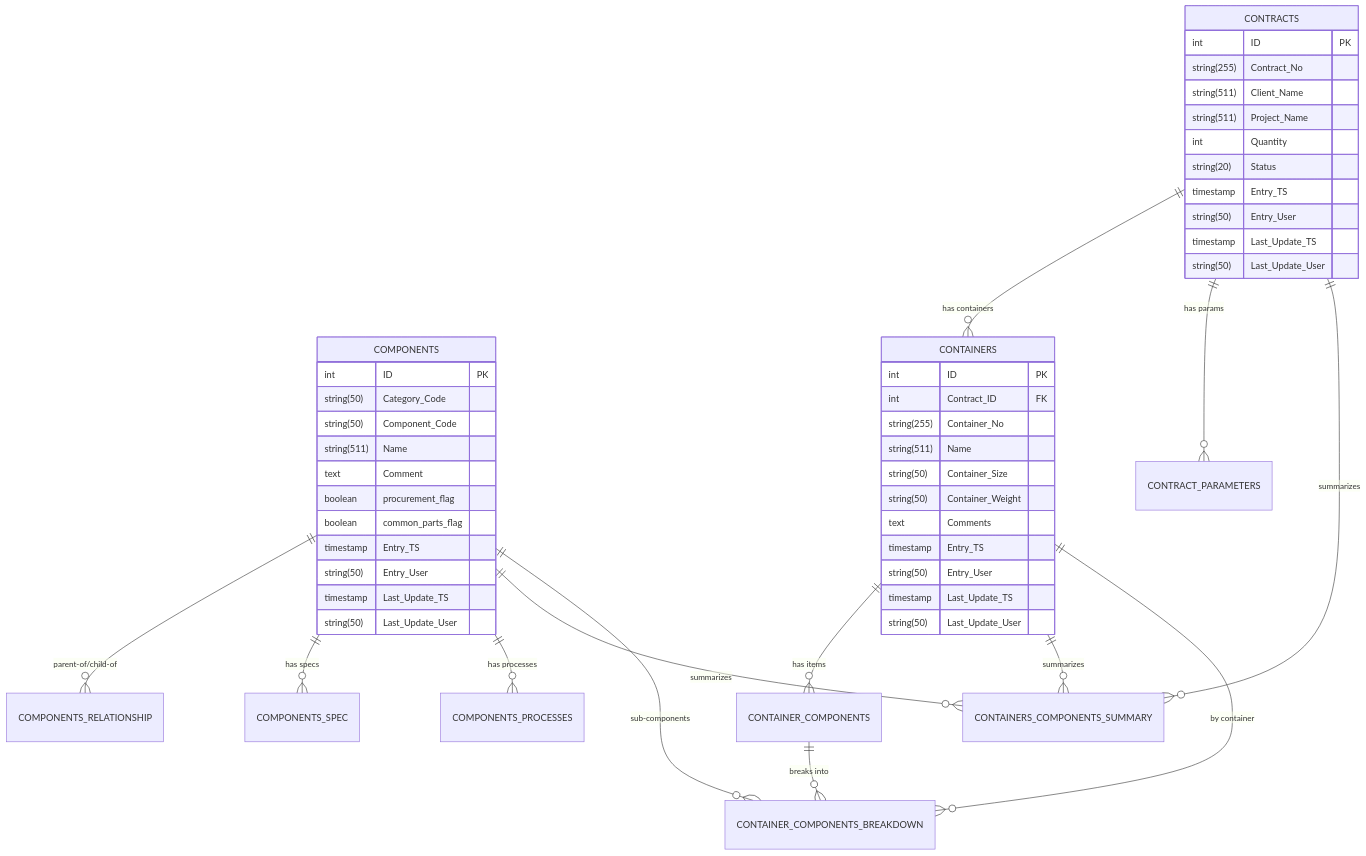
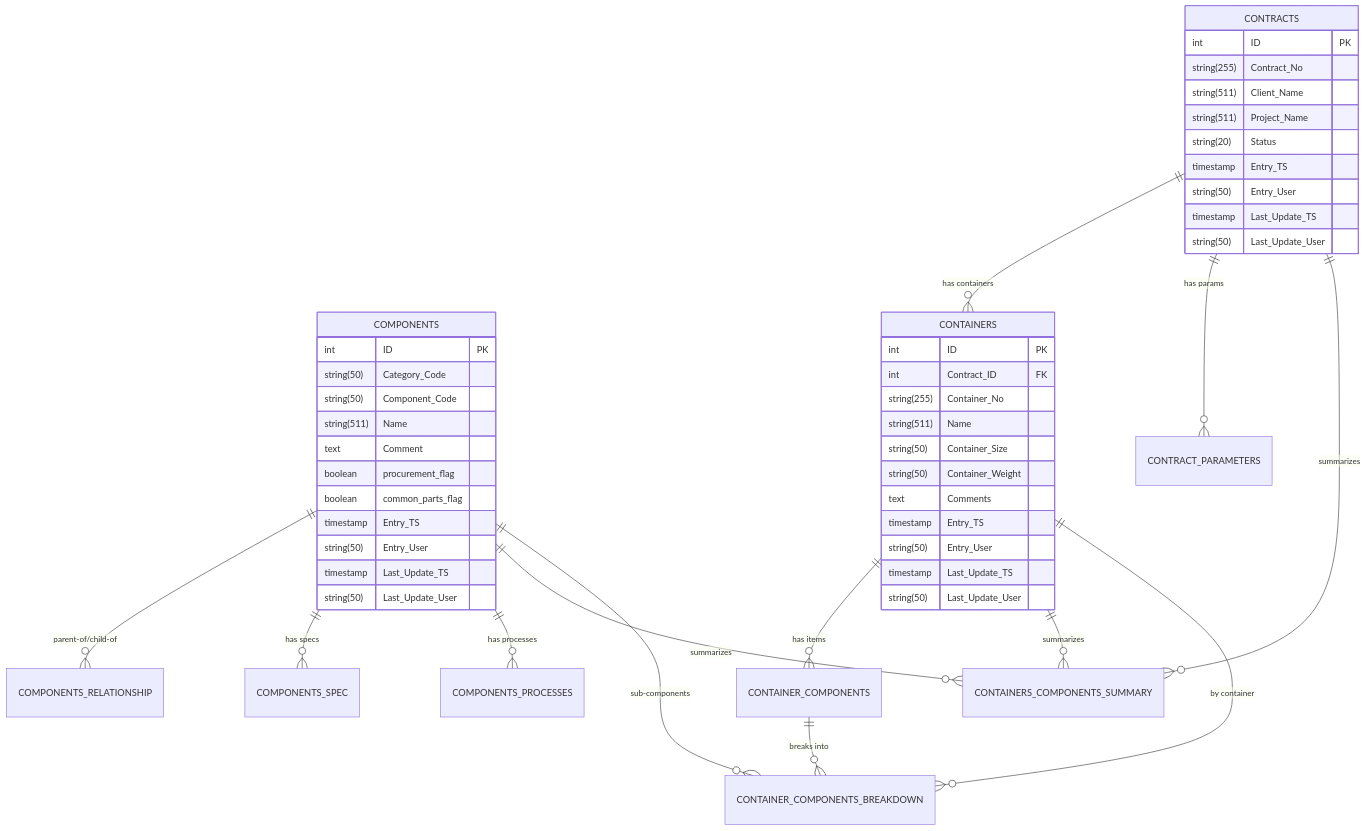
Before and after one commit to mzyqj803/mms_decomposor: the second of 5 diagrams in docs/系统设计文档.md, drawn with Mermaid. The commit also changed 32 other files, not shown here.

````diff
--- a/docs/系统设计文档.md
+++ b/docs/系统设计文档.md
@@ -90,56 +90,55 @@
 ```mermaid
 erDiagram
     COMPONENTS ||--o{ COMPONENTS_RELATIONSHIP : "parent-of/child-of"
     COMPONENTS ||--o{ COMPONENTS_SPEC : "has specs"
     COMPONENTS ||--o{ COMPONENTS_PROCESSES : "has processes"
     CONTRACTS  ||--o{ CONTAINERS : "has containers"
     CONTAINERS ||--o{ CONTAINER_COMPONENTS : "has items"
     CONTRACTS  ||--o{ CONTRACT_PARAMETERS : "has params"
     CONTRACTS  ||--o{ CONTAINERS_COMPONENTS_SUMMARY : "summarizes"
     COMPONENTS ||--o{ CONTAINERS_COMPONENTS_SUMMARY : "summarizes"
     CONTAINERS ||--o{ CONTAINERS_COMPONENTS_SUMMARY : "summarizes"
     CONTAINER_COMPONENTS ||--o{ CONTAINER_COMPONENTS_BREAKDOWN : "breaks into"
     COMPONENTS ||--o{ CONTAINER_COMPONENTS_BREAKDOWN : "sub-components"
     CONTAINERS ||--o{ CONTAINER_COMPONENTS_BREAKDOWN : "by container"
 
     COMPONENTS {
         int        ID PK
         string(50) Category_Code
         string(50) Component_Code
         string(511) Name
         text       Comment
         boolean    procurement_flag
         boolean    common_parts_flag
         timestamp  Entry_TS
         string(50) Entry_User
         timestamp  Last_Update_TS
         string(50) Last_Update_User
     }
 
     CONTRACTS {
         int         ID PK
         string(255) Contract_No
         string(511) Client_Name
         string(511) Project_Name
-        int         Quantity
         string(20)  Status
         timestamp   Entry_TS
         string(50)  Entry_User
         timestamp   Last_Update_TS
         string(50)  Last_Update_User
     }
 
     CONTAINERS {
         int         ID PK
         int         Contract_ID FK
         string(255) Container_No
         string(511) Name
         string(50)  Container_Size
         string(50)  Container_Weight
         text        Comments
         timestamp   Entry_TS
         string(50)  Entry_User
         timestamp   Last_Update_TS
         string(50)  Last_Update_User
     }
 ```
````
